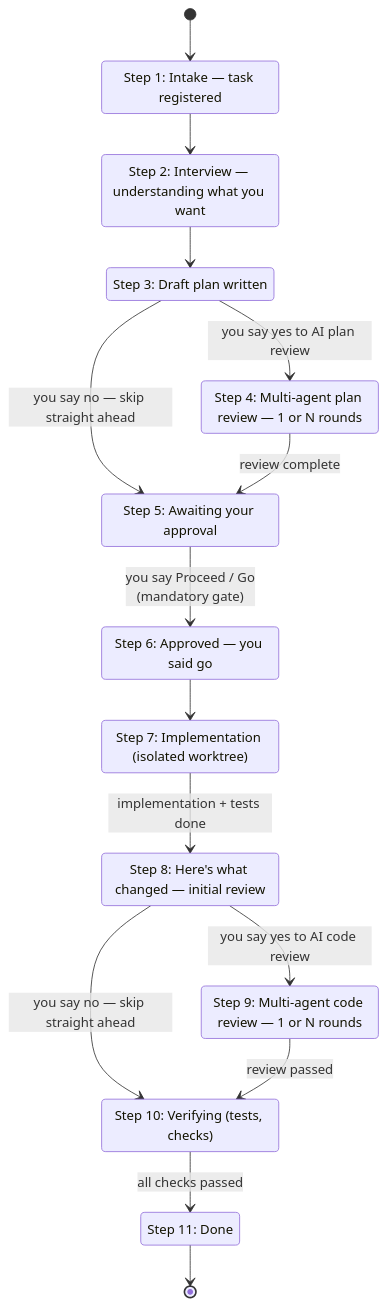
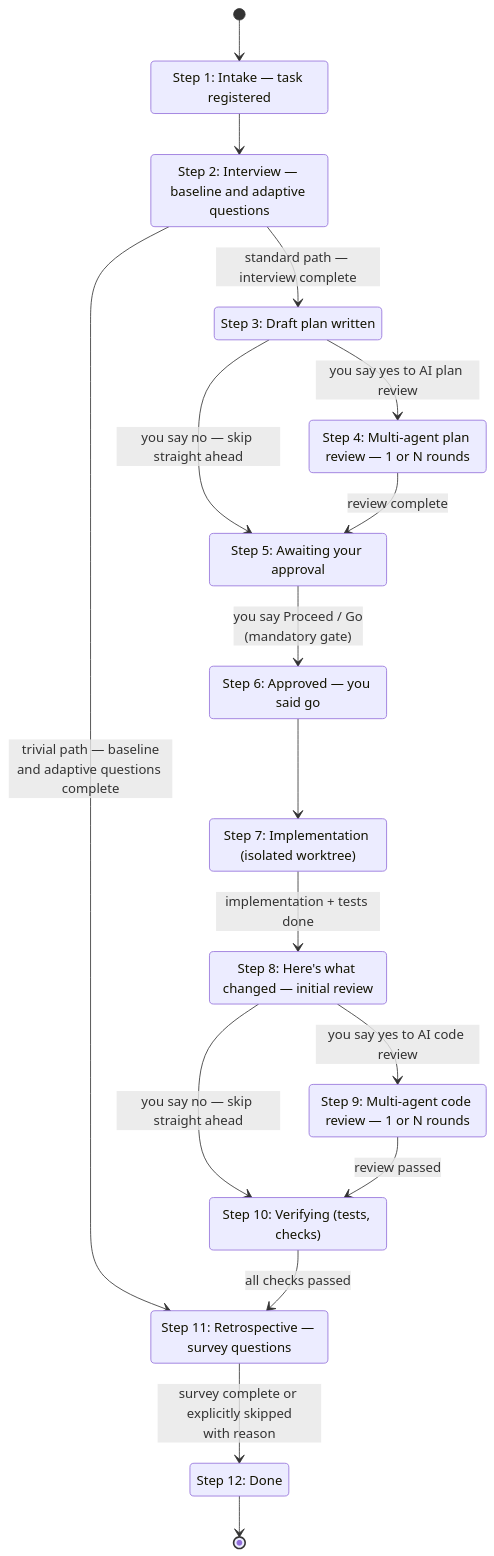
One commit to richfrem/agent-plugins-skills changed the diagram in docs/diagrams/control-plane-pipeline-happy-path.mermaid. Above: the diagram before and after it, drawn with Mermaid. The commit also changed 28 other files, not shown here.

```diff
--- a/docs/diagrams/control-plane-pipeline-happy-path.mermaid
+++ b/docs/diagrams/control-plane-pipeline-happy-path.mermaid
@@ -1,27 +1,30 @@
 stateDiagram-v2
     state "Step 1: Intake — task registered" as INTAKE
-    state "Step 2: Interview — understanding what you want" as INTERVIEW
+    state "Step 2: Interview — baseline and adaptive questions" as INTERVIEW
     state "Step 3: Draft plan written" as DRAFT_PLAN
     state "Step 4: Multi-agent plan review — 1 or N rounds" as MULTI_AGENT_REVIEW
     state "Step 5: Awaiting your approval" as AWAITING_APPROVAL
     state "Step 6: Approved — you said go" as APPROVED
     state "Step 7: Implementation (isolated worktree)" as IN_WORKTREE
     state "Step 8: Here's what changed — initial review" as WORKTREE_REVIEW
     state "Step 9: Multi-agent code review — 1 or N rounds" as MULTI_AGENT_CODE_REVIEW
     state "Step 10: Verifying (tests, checks)" as VERIFY_EXIT
-    state "Step 11: Done" as DONE
+    state "Step 11: Retrospective — survey questions" as RETROSPECTIVE
+    state "Step 12: Done" as DONE
 
     [*] --> INTAKE
     INTAKE --> INTERVIEW
-    INTERVIEW --> DRAFT_PLAN
+    INTERVIEW --> RETROSPECTIVE : trivial path — baseline<br/>and adaptive questions complete
+    INTERVIEW --> DRAFT_PLAN : standard path — interview complete
     DRAFT_PLAN --> MULTI_AGENT_REVIEW : you say yes to AI plan review
     DRAFT_PLAN --> AWAITING_APPROVAL : you say no — skip straight ahead
     MULTI_AGENT_REVIEW --> AWAITING_APPROVAL : review complete
     AWAITING_APPROVAL --> APPROVED : you say Proceed / Go<br/>(mandatory gate)
     APPROVED --> IN_WORKTREE
     IN_WORKTREE --> WORKTREE_REVIEW : implementation + tests done
     WORKTREE_REVIEW --> MULTI_AGENT_CODE_REVIEW : you say yes to AI code review
     WORKTREE_REVIEW --> VERIFY_EXIT : you say no — skip straight ahead
     MULTI_AGENT_CODE_REVIEW --> VERIFY_EXIT : review passed
-    VERIFY_EXIT --> DONE : all checks passed
+    VERIFY_EXIT --> RETROSPECTIVE : all checks passed
+    RETROSPECTIVE --> DONE : survey complete or explicitly skipped<br/>with reason
     DONE --> [*]
```
